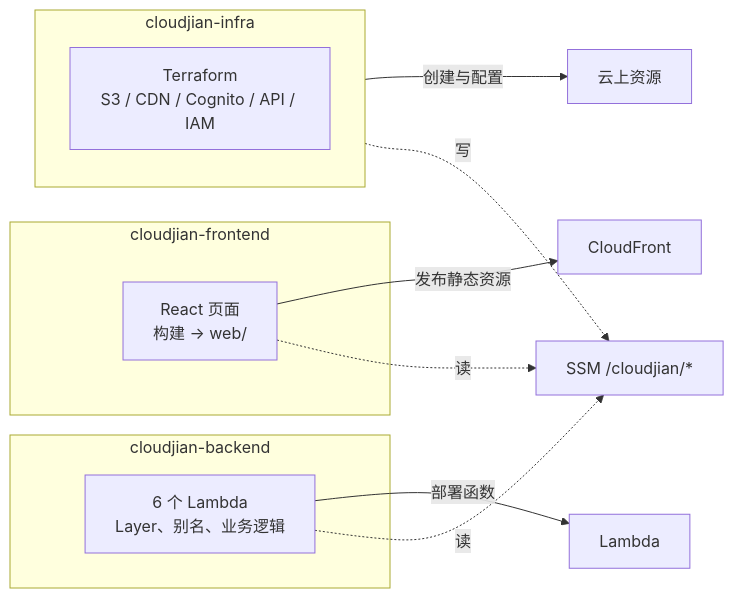
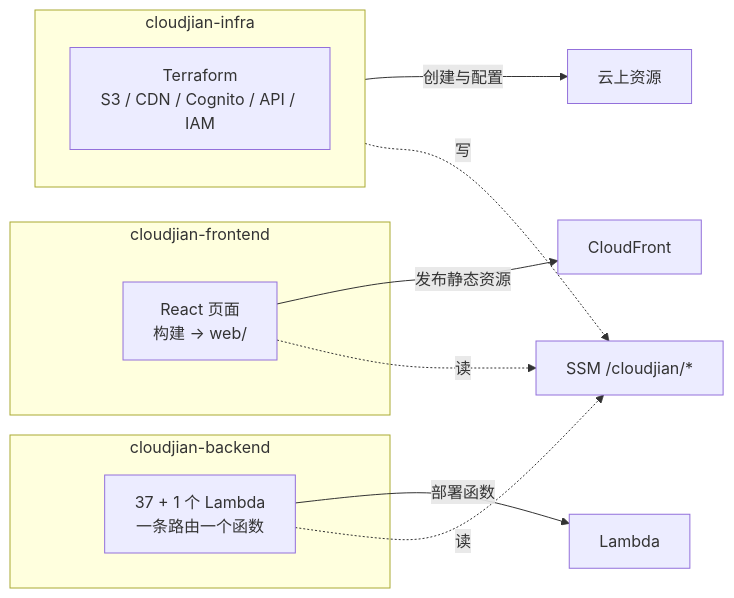
The ninth of 9 diagrams in docs/新人文档/02-技术架构.md (tengsihai/cloudjian_infra), drawn with Mermaid before and after one commit. The commit also changed other lines of this file and 20 other files, not shown here.

````diff
--- a/docs/新人文档/02-技术架构.md
+++ b/docs/新人文档/02-技术架构.md
@@ -334,19 +355,19 @@
 ```mermaid
 flowchart LR
   subgraph FE["cloudjian-frontend"]
     F1["React 页面<br/>构建 → web/"]
   end
   subgraph BE["cloudjian-backend"]
-    B1["6 个 Lambda<br/>Layer、别名、业务逻辑"]
+    B1["37 + 1 个 Lambda<br/>一条路由一个函数"]
   end
   subgraph INF["cloudjian-infra"]
     I1["Terraform<br/>S3 / CDN / Cognito / API / IAM"]
   end
 
   F1 -->|"发布静态资源"| CF["CloudFront"]
   B1 -->|"部署函数"| L["Lambda"]
   INF -->|"创建与配置"| All["云上资源"]
   F1 -.->|"读"| SSM["SSM /cloudjian/*"]
   B1 -.->|"读"| SSM
   INF -.->|"写"| SSM
 ```
````
